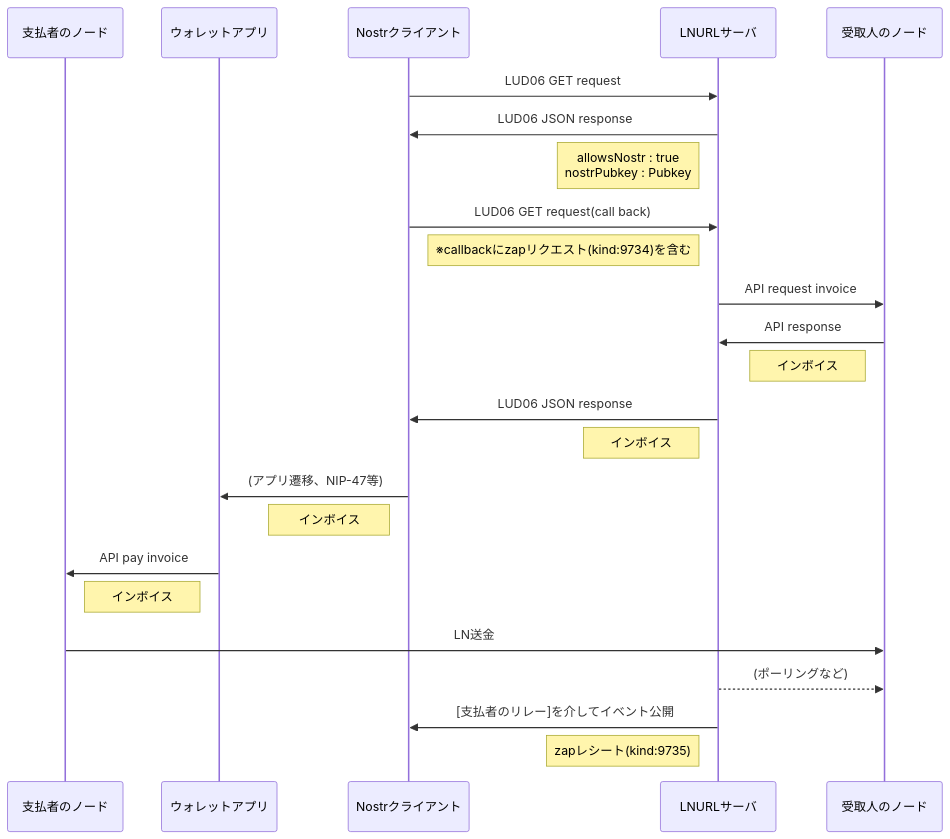
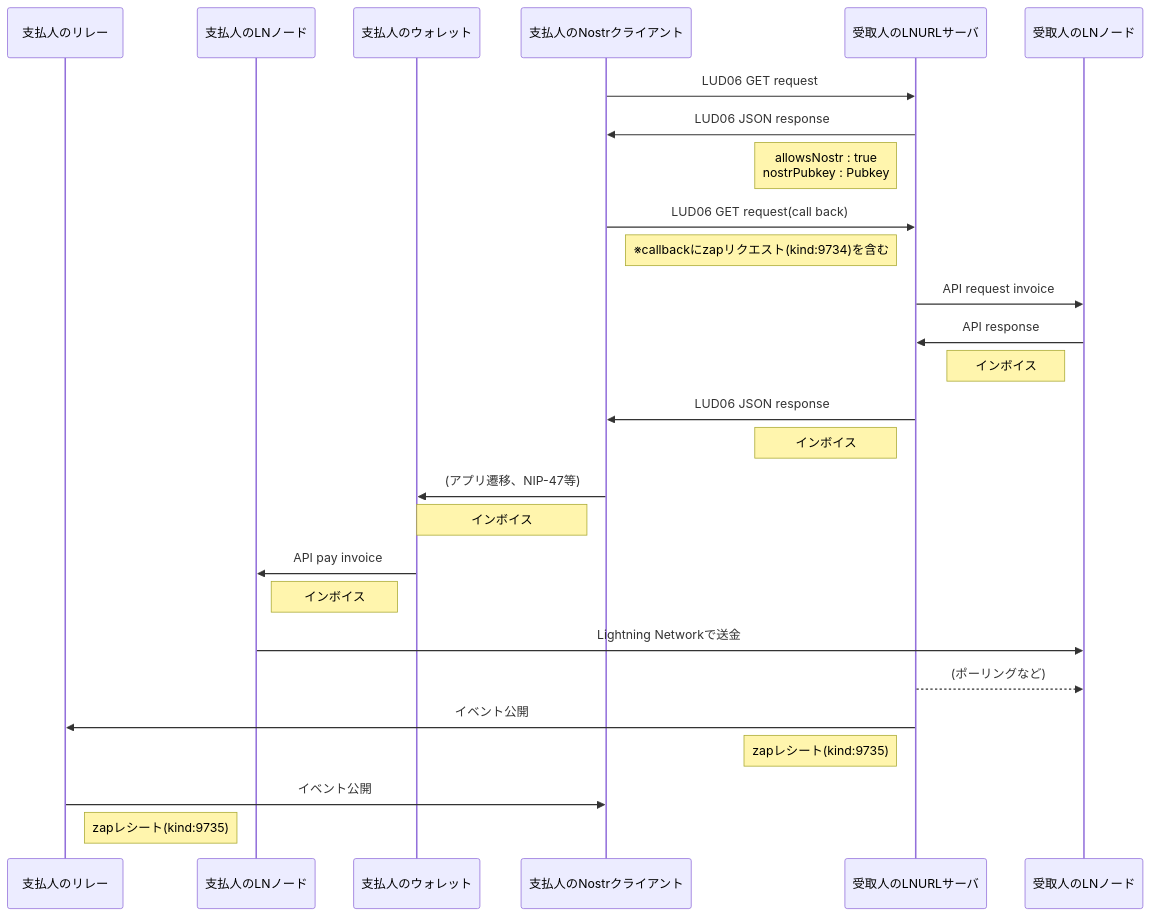
One commit to GDur4n66/my-documents changed the diagram in NIP-57flow.md. Above: the diagram before and after it, drawn with Mermaid.

````diff
--- a/NIP-57flow.md
+++ b/NIP-57flow.md
@@ -1,38 +1,42 @@
 ```mermaid
 sequenceDiagram
-    participant 支払者のノード
-    participant ウォレットアプリ
-    participant Nostrクライアント
-    participant LNURLサーバ
-    participant 受取人のノード
+    participant 支払人のリレー
+    participant 支払人のLNノード
+    participant 支払人のウォレット
+    participant 支払人のNostrクライアント
+    participant 受取人のLNURLサーバ
+    participant 受取人のLNノード
 
-    Nostrクライアント->>LNURLサーバ: LUD06 GET request
+    支払人のNostrクライアント->>受取人のLNURLサーバ: LUD06 GET request
 
-    LNURLサーバ->>Nostrクライアント: LUD06 JSON response
-    Note left of LNURLサーバ: allowsNostr : true <br/>nostrPubkey : Pubkey
+    受取人のLNURLサーバ->>支払人のNostrクライアント: LUD06 JSON response
+    Note left of 受取人のLNURLサーバ: allowsNostr : true <br/>nostrPubkey : Pubkey
     
-    Nostrクライアント->>LNURLサーバ: LUD06 GET request(call back) 
-    Note right of Nostrクライアント: ※callbackにzapリクエスト(kind:9734)を含む
+    支払人のNostrクライアント->>受取人のLNURLサーバ: LUD06 GET request(call back) 
+    Note right of 支払人のNostrクライアント: ※callbackにzapリクエスト(kind:9734)を含む
     
-    LNURLサーバ->>受取人のノード: API request invoice
+    受取人のLNURLサーバ->>受取人のLNノード: API request invoice
     
-    受取人のノード->>LNURLサーバ: API response
-    Note left of 受取人のノード: インボイス
+    受取人のLNノード->>受取人のLNURLサーバ: API response
+    Note left of 受取人のLNノード: インボイス
     
-    LNURLサーバ->>Nostrクライアント: LUD06 JSON response
-    Note left of LNURLサーバ: インボイス
+    受取人のLNURLサーバ->>支払人のNostrクライアント: LUD06 JSON response
+    Note left of 受取人のLNURLサーバ: インボイス
 
-    Nostrクライアント->>ウォレットアプリ: (アプリ遷移、NIP-47等)
-    Note left of Nostrクライアント: インボイス
+    支払人のNostrクライアント->>支払人のウォレット: (アプリ遷移、NIP-47等)
+    Note left of 支払人のNostrクライアント: インボイス
 
-    ウォレットアプリ->>支払者のノード: API pay invoice
-    Note left of ウォレットアプリ: インボイス
+    支払人のウォレット->>支払人のLNノード: API pay invoice
+    Note left of 支払人のウォレット: インボイス
 
-    支払者のノード->>受取人のノード: LN送金
+    支払人のLNノード->>受取人のLNノード: Lightning Networkで送金
     
-    LNURLサーバ-->>受取人のノード: (ポーリングなど)
+    受取人のLNURLサーバ-->>受取人のLNノード: (ポーリングなど)
     
-    LNURLサーバ->>Nostrクライアント: [支払者のリレー]を介してイベント公開
-    Note left of LNURLサーバ: zapレシート(kind:9735)
+    受取人のLNURLサーバ->>支払人のリレー: イベント公開
+    Note left of 受取人のLNURLサーバ: zapレシート(kind:9735)
+
+    支払人のリレー->>支払人のNostrクライアント: イベント公開
+    Note right of 支払人のリレー: zapレシート(kind:9735)
 
 ```
````
